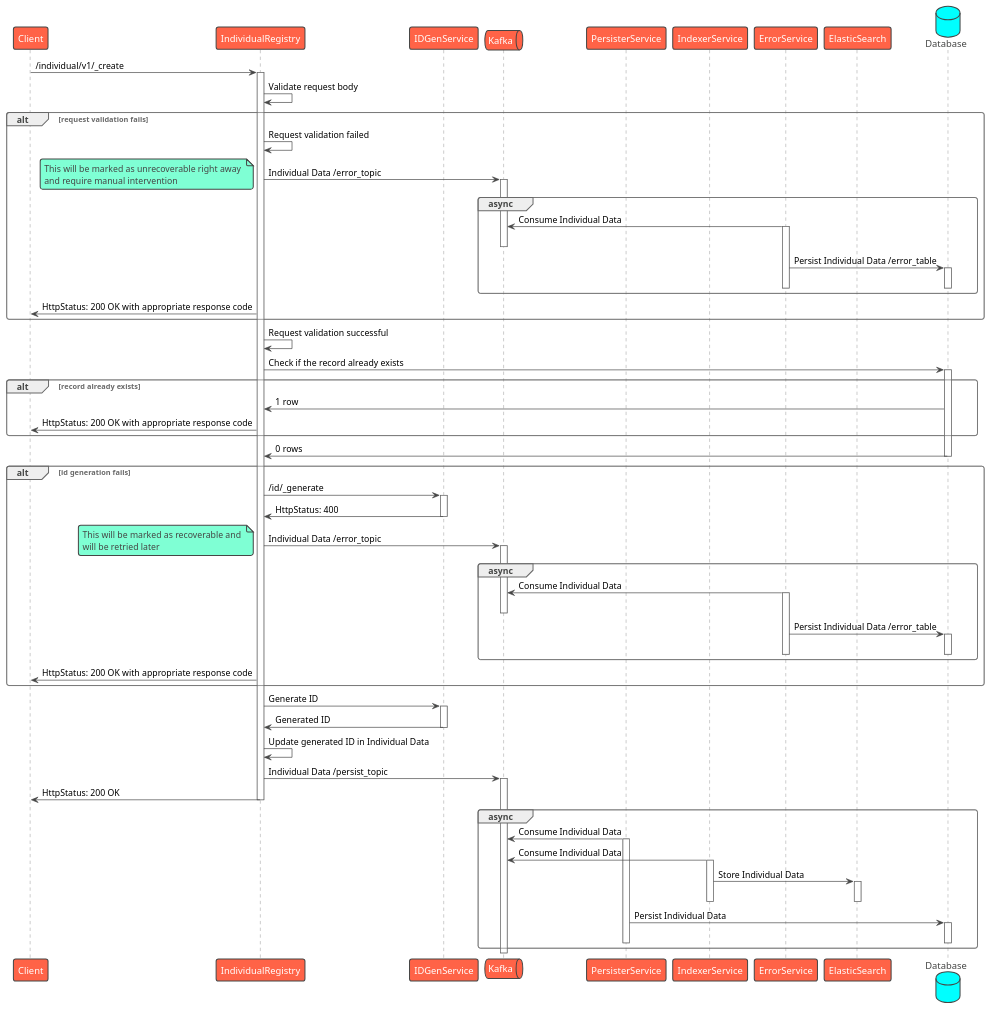
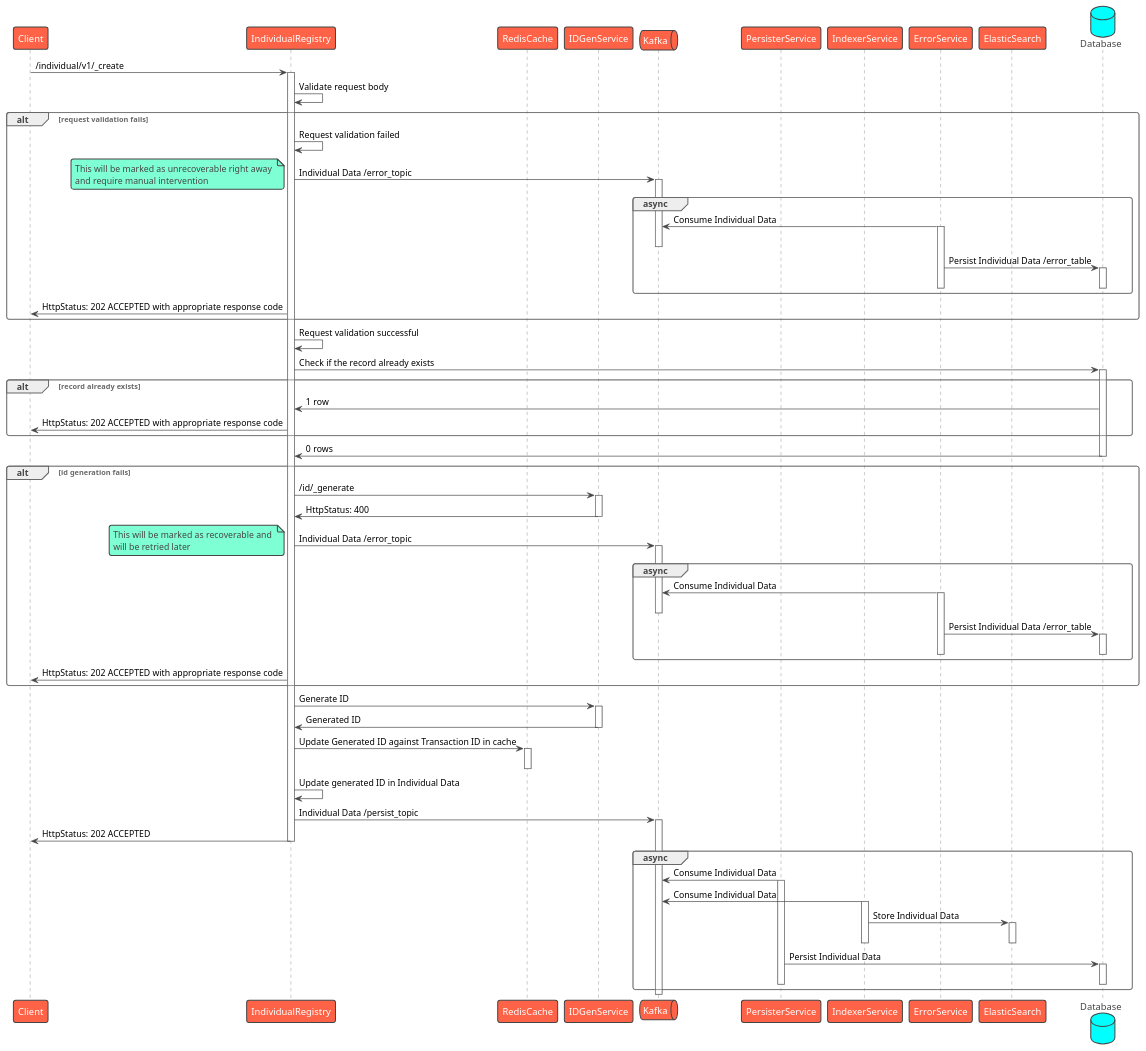
The diagram in contracts/registries/individual/sequence/create.puml (egovernments/health-api-specs), drawn with PlantUML before and after one commit. The commit also changed 5 other files, not shown here.

Commit message:
Sequence: Added support for cache - Search in cache first

```diff
--- a/contracts/registries/individual/sequence/create.puml
+++ b/contracts/registries/individual/sequence/create.puml
@@ -1,89 +1,93 @@
 @startuml Individual Registry - Create
 !theme vibrant
 participant Client as c
 participant IndividualRegistry as ir
+participant RedisCache as rc
 participant IDGenService as idgen
 queue Kafka as k
 participant PersisterService as prs
 participant IndexerService as idx
 participant ErrorService as es
 participant ElasticSearch as el
 database Database as db
 c -> ir : /individual/v1/_create
 activate ir
 ir -> ir: Validate request body
 alt request validation fails
     ir -> ir: Request validation failed
     ir -> k: Individual Data /error_topic
     note left
         This will be marked as unrecoverable right away 
         and require manual intervention
     end note
     activate k
     group async
         es -> k: Consume Individual Data
         activate es
         deactivate k
         es -> db: Persist Individual Data /error_table
         activate db
         deactivate db
         deactivate es
     end
-    ir -> c: HttpStatus: 200 OK with appropriate response code
+    ir -> c: HttpStatus: 202 ACCEPTED with appropriate response code
 end
 ir -> ir: Request validation successful
 ir -> db: Check if the record already exists
 alt record already exists
     activate db
     db -> ir: 1 row
-    ir -> c: HttpStatus: 200 OK with appropriate response code
+    ir -> c: HttpStatus: 202 ACCEPTED with appropriate response code
 end
 db -> ir: 0 rows
 deactivate db
 alt id generation fails
     ir -> idgen: /id/_generate
     activate idgen
     idgen -> ir: HttpStatus: 400
     deactivate idgen
     ir -> k: Individual Data /error_topic
     note left
         This will be marked as recoverable and 
         will be retried later
     end note
     activate k
     group async
         es -> k: Consume Individual Data
         activate es
         deactivate k
         es -> db: Persist Individual Data /error_table
         activate db
         deactivate db
         deactivate es
     end
-    ir -> c: HttpStatus: 200 OK with appropriate response code
+    ir -> c: HttpStatus: 202 ACCEPTED with appropriate response code
 end
 ir -> idgen: Generate ID
 activate idgen
 idgen -> ir: Generated ID
 deactivate idgen
+ir -> rc: Update Generated ID against Transaction ID in cache
+activate rc
+deactivate rc
 ir -> ir: Update generated ID in Individual Data
 ir -> k: Individual Data /persist_topic
 activate k
-ir -> c: HttpStatus: 200 OK
+ir -> c: HttpStatus: 202 ACCEPTED
 deactivate ir
 group async
     prs -> k: Consume Individual Data
     activate prs
     idx -> k: Consume Individual Data
     activate idx
     idx -> el: Store Individual Data
     activate el
     deactivate el
     deactivate idx
     prs -> db: Persist Individual Data
     activate db
     deactivate db
     deactivate prs
 end
 deactivate k
 @enduml
```
